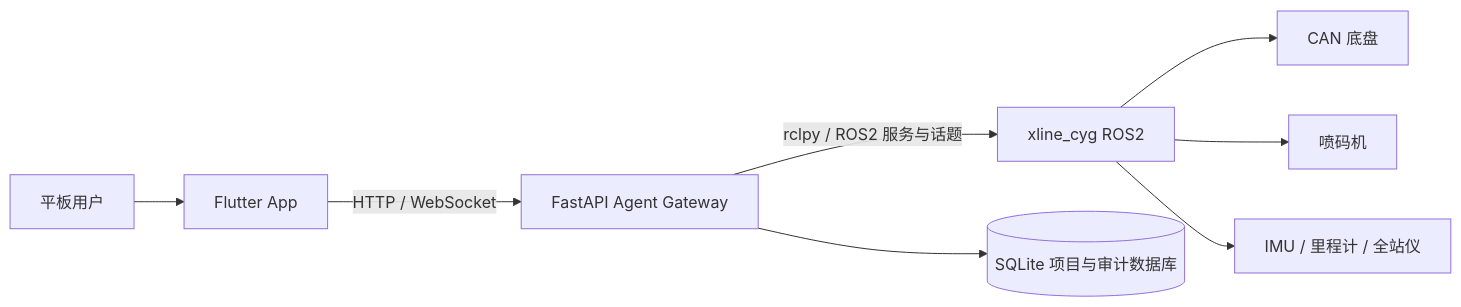
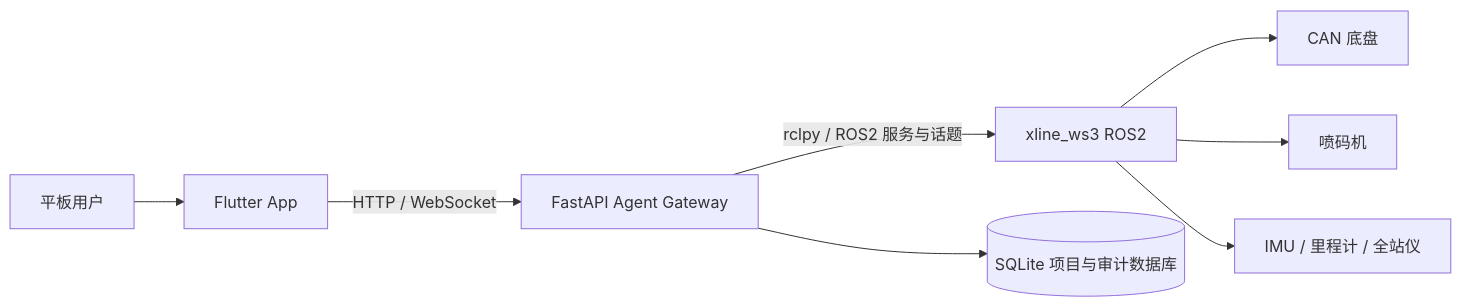
Before and after one commit to CYG66/xikao1_-app: the diagram in 项目交接文档.md, drawn with Mermaid. The commit also changed other lines of this file and 45 other files, not shown here.

````diff
--- a/项目交接文档.md
+++ b/项目交接文档.md
@@ -15,10 +15,10 @@
 ```mermaid
 flowchart LR
     U[平板用户] --> F[Flutter App]
     F -->|HTTP / WebSocket| B[FastAPI Agent Gateway]
-    B -->|rclpy / ROS2 服务与话题| R[xline_cyg ROS2]
+    B -->|rclpy / ROS2 服务与话题| R[xline_ws3 ROS2]
     R --> C[CAN 底盘]
     R --> P[喷码机]
     R --> L[IMU / 里程计 / 全站仪]
     B --> D[(SQLite 项目与审计数据库)]
 ```
````
